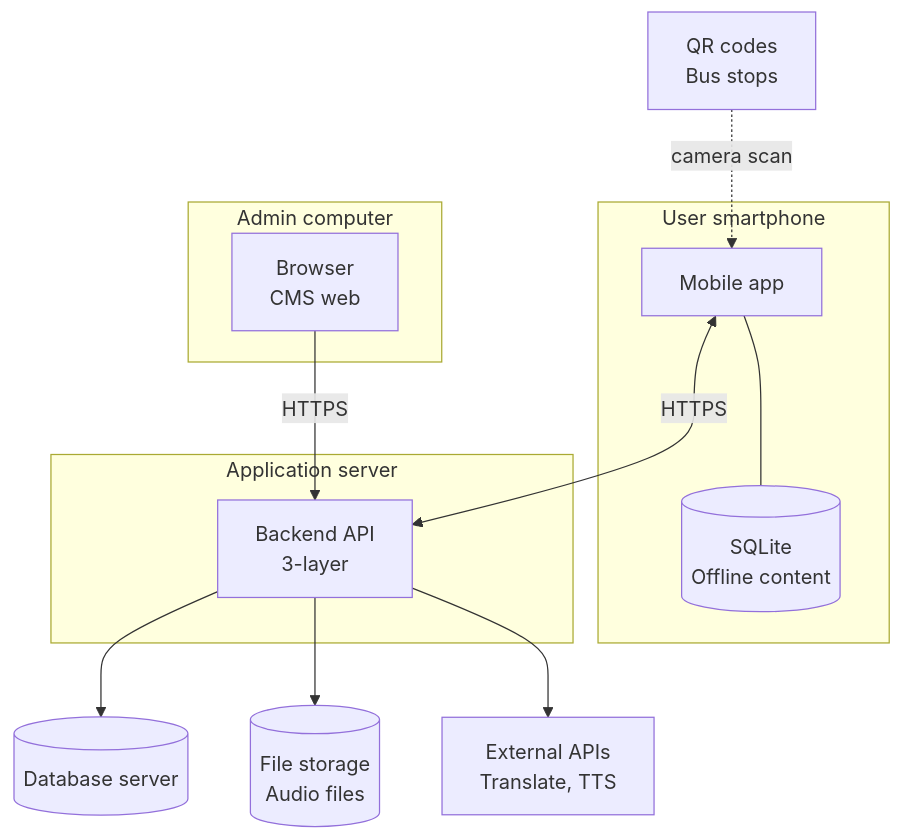
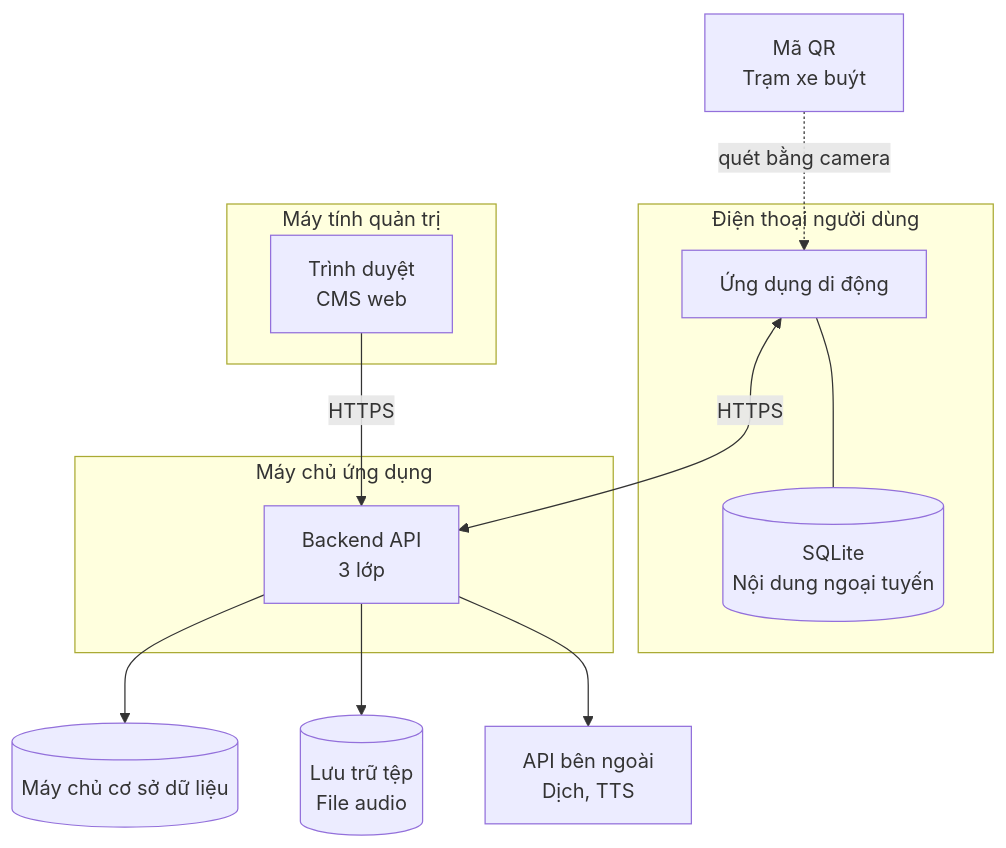
The fifth of 6 diagrams in README.md (AiraLeFatale/CongNghePhanMem_Project), drawn with Mermaid before and after one commit. The commit also changed other lines of this file and 11 other files, not shown here.

````diff
--- a/README.md
+++ b/README.md
@@ -136,25 +138,25 @@
 ```mermaid
 flowchart TB
-    subgraph PHONE["User smartphone"]
-        APP["Mobile app"]
-        SQLITE[("SQLite<br/>Offline content")]
+    subgraph PHONE["Điện thoại người dùng"]
+        APP["Ứng dụng di động"]
+        SQLITE[("SQLite<br/>Nội dung ngoại tuyến")]
     end
-    subgraph ADMIN["Admin computer"]
-        BROWSER["Browser<br/>CMS web"]
+    subgraph ADMIN["Máy tính quản trị"]
+        BROWSER["Trình duyệt<br/>CMS web"]
     end
-    STOP["QR codes<br/>Bus stops"]
-    subgraph SERVER["Application server"]
-        API["Backend API<br/>3-layer"]
+    STOP["Mã QR<br/>Trạm xe buýt"]
+    subgraph SERVER["Máy chủ ứng dụng"]
+        API["Backend API<br/>3 lớp"]
     end
-    DB[("Database server")]
-    FS[("File storage<br/>Audio files")]
-    EXT["External APIs<br/>Translate, TTS"]
+    DB[("Máy chủ cơ sở dữ liệu")]
+    FS[("Lưu trữ tệp<br/>File audio")]
+    EXT["API bên ngoài<br/>Dịch, TTS"]
 
-    STOP -.->|camera scan| APP
+    STOP -.->|"quét bằng camera"| APP
     APP --- SQLITE
     APP <-->|HTTPS| API
     BROWSER -->|HTTPS| API
     API --> DB
     API --> FS
     API --> EXT
 ```
````
